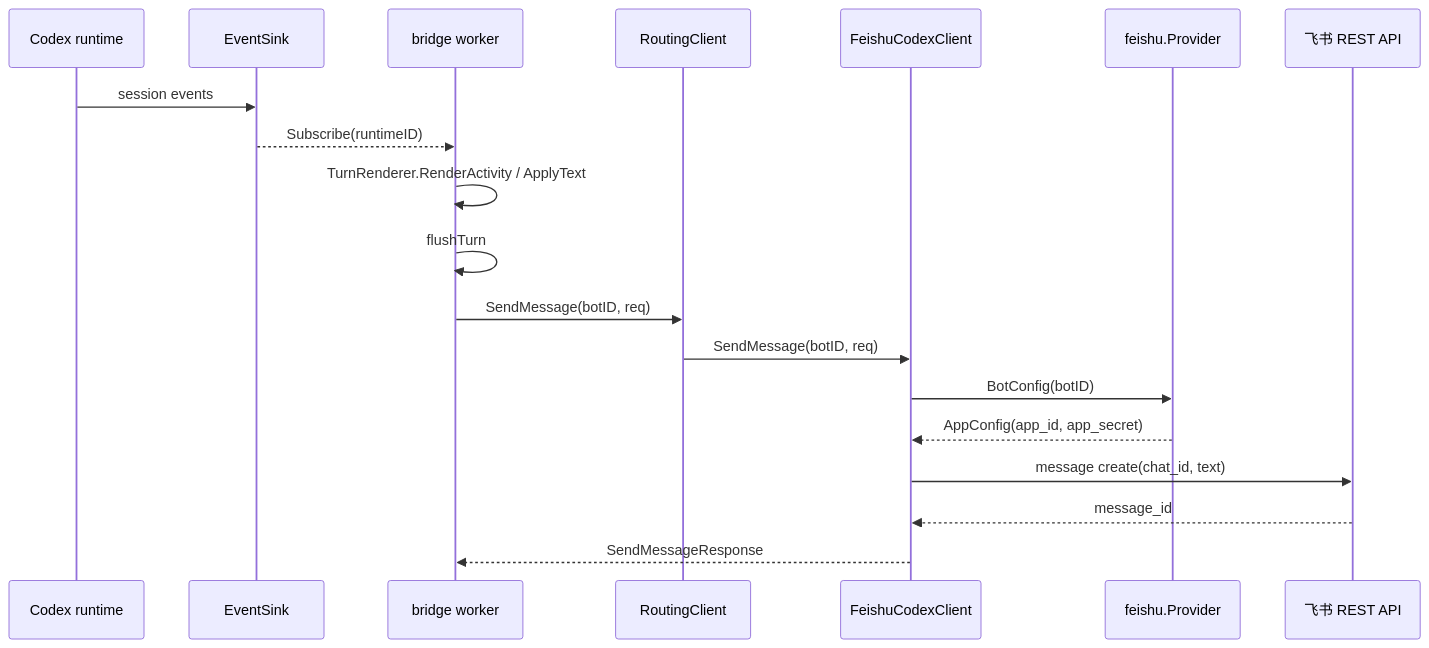
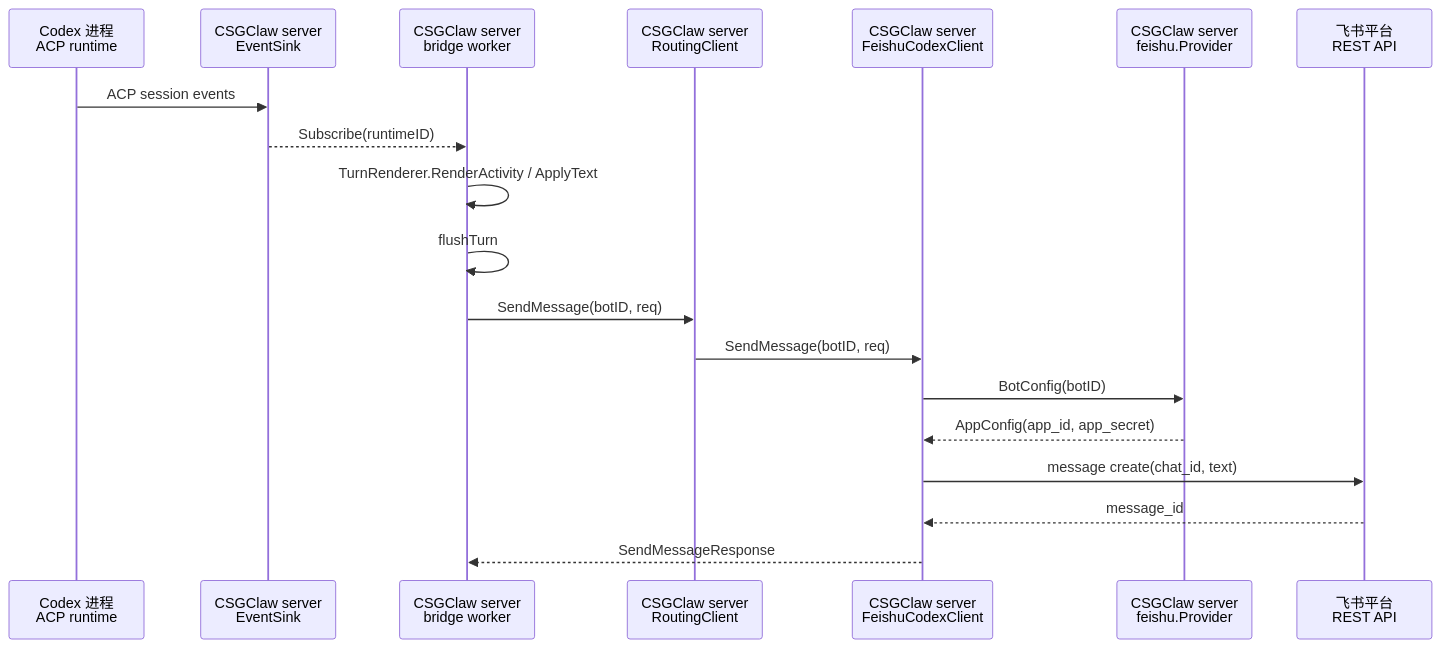
One commit to GatewayJ/csgclaw changed diagram 11 of 12 in docs/channel/codex-feishu.zh.md. Above: the diagram before and after it, drawn with Mermaid. The commit also changed other lines of this file, not shown here.

Commit message:
docs: label programs in feishu flow diagrams

````diff
--- a/docs/channel/codex-feishu.zh.md
+++ b/docs/channel/codex-feishu.zh.md
@@ -510,22 +511,22 @@
 ```mermaid
 sequenceDiagram
-    participant Codex as Codex runtime
-    participant Events as EventSink
-    participant Worker as bridge worker
-    participant Router as RoutingClient
-    participant Client as FeishuCodexClient
-    participant Provider as feishu.Provider
-    participant Feishu as 飞书 REST API
+    participant Codex as Codex 进程<br/>ACP runtime
+    participant Events as CSGClaw server<br/>EventSink
+    participant Worker as CSGClaw server<br/>bridge worker
+    participant Router as CSGClaw server<br/>RoutingClient
+    participant Client as CSGClaw server<br/>FeishuCodexClient
+    participant Provider as CSGClaw server<br/>feishu.Provider
+    participant Feishu as 飞书平台<br/>REST API
 
-    Codex->>Events: session events
+    Codex->>Events: ACP session events
     Events-->>Worker: Subscribe(runtimeID)
     Worker->>Worker: TurnRenderer.RenderActivity / ApplyText
     Worker->>Worker: flushTurn
     Worker->>Router: SendMessage(botID, req)
     Router->>Client: SendMessage(botID, req)
     Client->>Provider: BotConfig(botID)
     Provider-->>Client: AppConfig(app_id, app_secret)
     Client->>Feishu: message create(chat_id, text)
     Feishu-->>Client: message_id
     Client-->>Worker: SendMessageResponse
 ```
````
